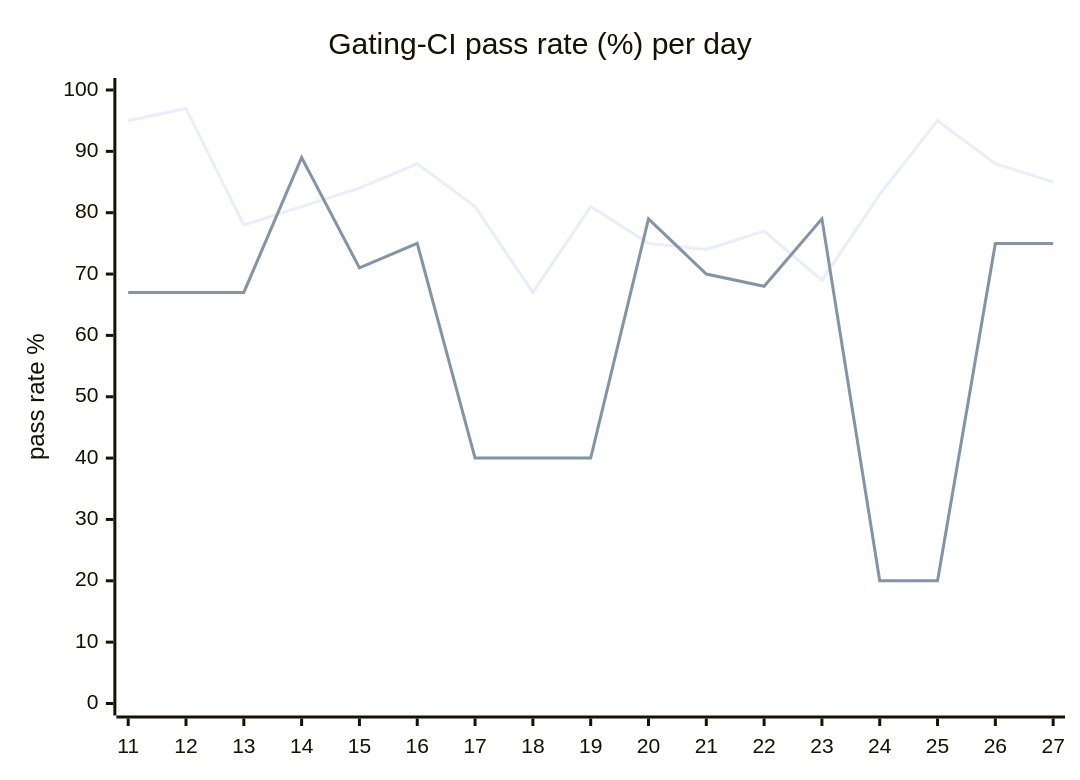
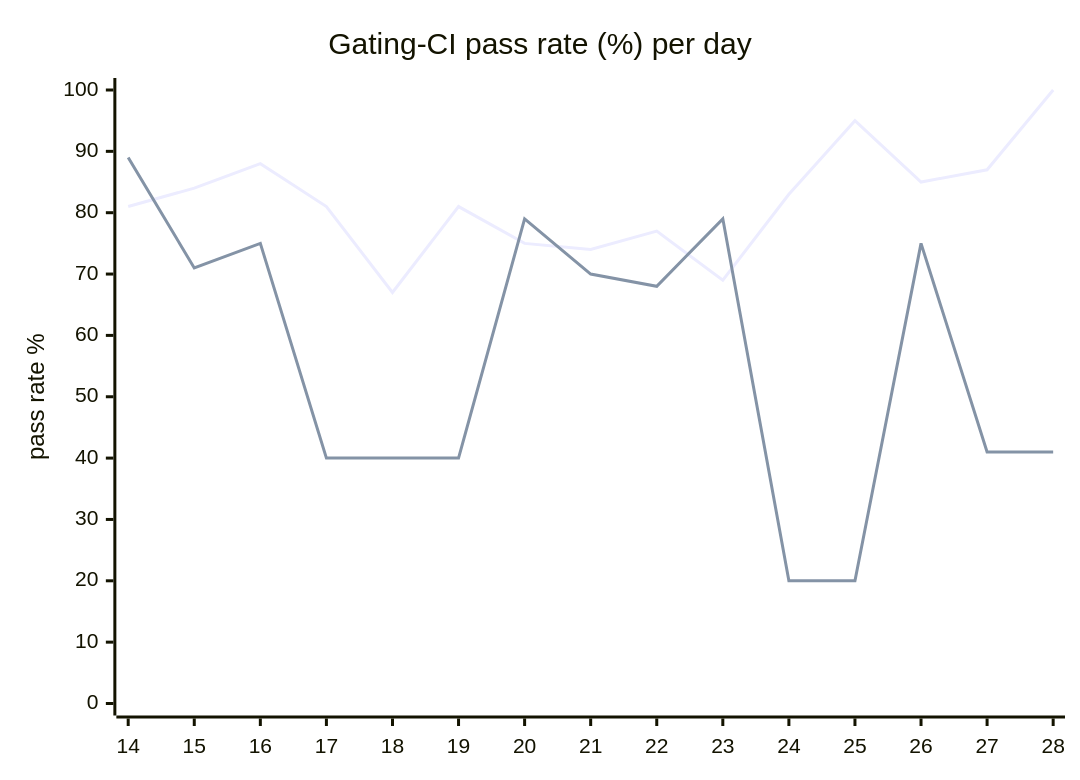
One commit to hatchet-dev/hatchet changed the diagram in hack/ci/ci-dashboard/staging/issue.md. Above: the diagram before and after it, drawn with Mermaid. The commit also changed other lines of this file, not shown here.

````diff
--- a/hack/ci/ci-dashboard/staging/issue.md
+++ b/hack/ci/ci-dashboard/staging/issue.md
@@ -9,8 +9,8 @@
 ```mermaid
 xychart-beta
   title "Gating-CI pass rate (%) per day"
-  x-axis [11, 12, 13, 14, 15, 16, 17, 18, 19, 20, 21, 22, 23, 24, 25, 26, 27]
+  x-axis [14, 15, 16, 17, 18, 19, 20, 21, 22, 23, 24, 25, 26, 27, 28]
   y-axis "pass rate %" 0 --> 100
-  line "CI" [95, 97, 78, 81, 84, 88, 81, 67, 81, 75, 74, 77, 69, 83, 95, 88, 85]
-  line "main" [67, 67, 67, 89, 71, 75, 40, 40, 40, 79, 70, 68, 79, 20, 20, 75, 75]
+  line "CI" [81, 84, 88, 81, 67, 81, 75, 74, 77, 69, 83, 95, 85, 87, 100]
+  line "main" [89, 71, 75, 40, 40, 40, 79, 70, 68, 79, 20, 20, 75, 41, 41]
 ```
````
